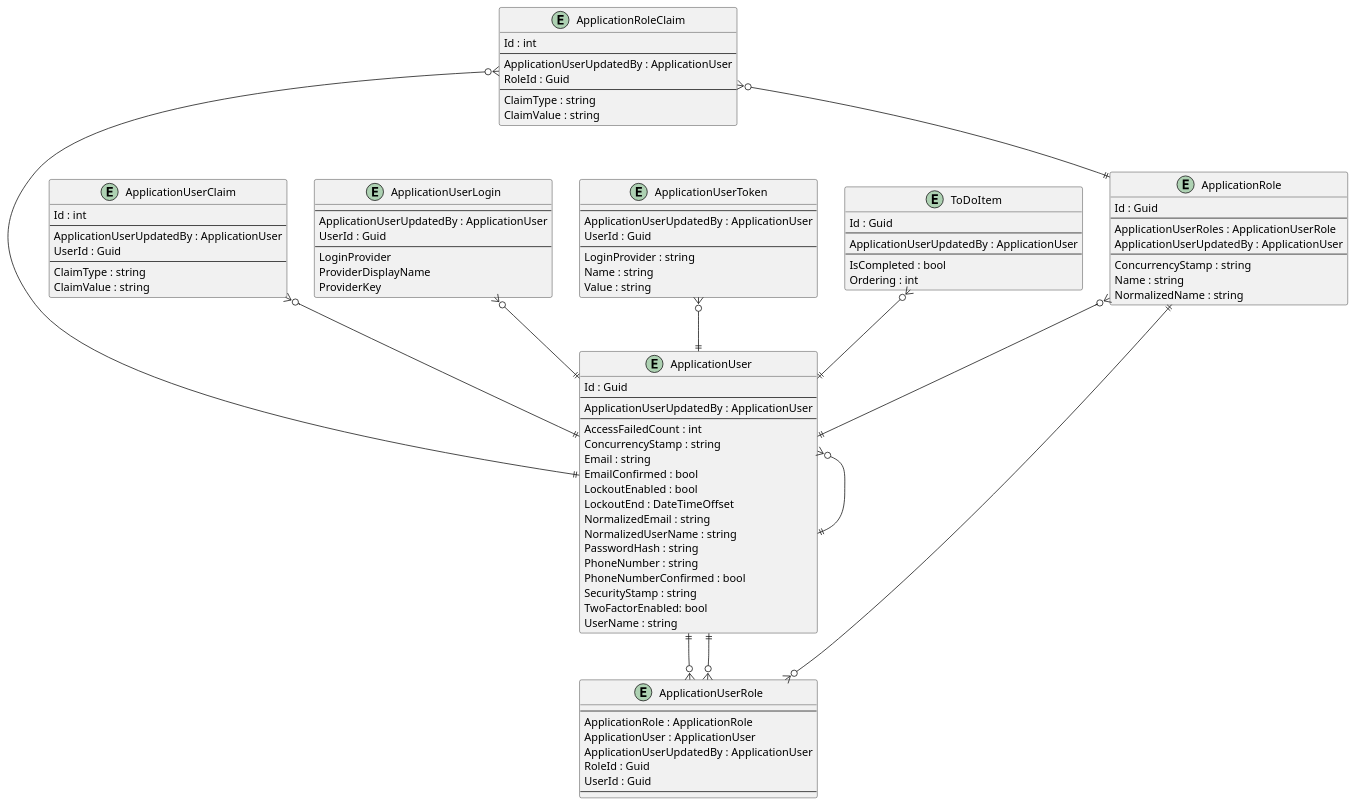
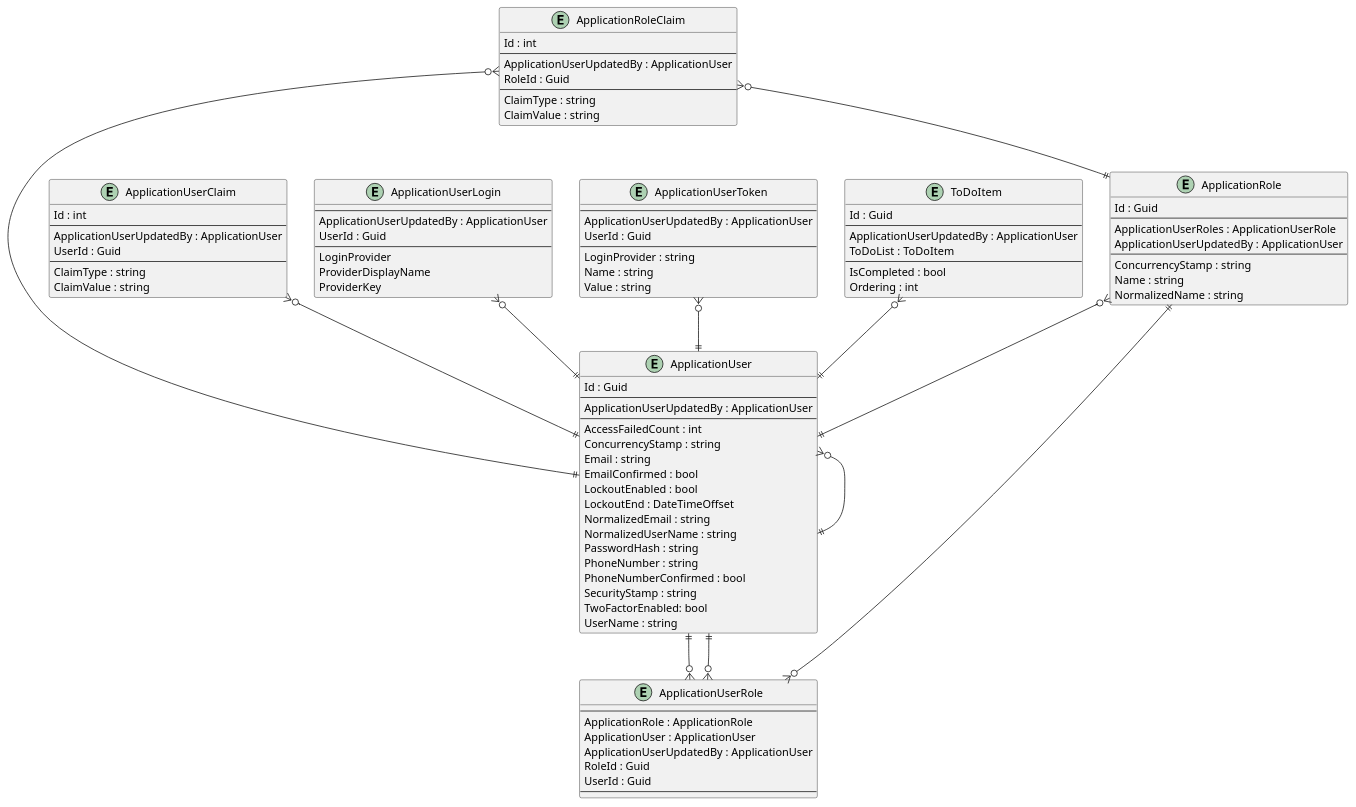
The diagram in .docs/Intrepion.ToDo.pu (intrepion/intrepion_to-do_web_blazor), drawn with PlantUML before and after one commit.

```diff
--- a/.docs/Intrepion.ToDo.pu
+++ b/.docs/Intrepion.ToDo.pu
@@ -1,114 +1,115 @@
 @startuml
 
 entity ApplicationRole {
     Id : Guid
     --
     ApplicationUserRoles : ApplicationUserRole
     ApplicationUserUpdatedBy : ApplicationUser
     --
     ConcurrencyStamp : string
     Name : string
     NormalizedName : string
 }
 
 entity ApplicationRoleClaim {
     Id : int
     --
     ApplicationUserUpdatedBy : ApplicationUser
     RoleId : Guid
     --
     ClaimType : string
     ClaimValue : string
 }
 
 entity ApplicationUser {
     Id : Guid
     --
     ApplicationUserUpdatedBy : ApplicationUser
     ' ApplicationUserKeyCodePlaceholder
     --
     AccessFailedCount : int
     ConcurrencyStamp : string
     Email : string
     EmailConfirmed : bool
     LockoutEnabled : bool
     LockoutEnd : DateTimeOffset
     NormalizedEmail : string
     NormalizedUserName : string
     PasswordHash : string
     PhoneNumber : string
     PhoneNumberConfirmed : bool
     SecurityStamp : string
     TwoFactorEnabled: bool
     UserName : string
     ' ApplicationUserPropertyCodePlaceholder
 }
 
 entity ApplicationUserClaim {
     Id : int
     --
     ApplicationUserUpdatedBy : ApplicationUser
     UserId : Guid
     --
     ClaimType : string
     ClaimValue : string
 }
 
 entity ApplicationUserLogin {
     --
     ApplicationUserUpdatedBy : ApplicationUser
     UserId : Guid
     --
     LoginProvider
     ProviderDisplayName
     ProviderKey
 }
 
 entity ApplicationUserRole {
     --
     ApplicationRole : ApplicationRole
     ApplicationUser : ApplicationUser
     ApplicationUserUpdatedBy : ApplicationUser
     RoleId : Guid
     UserId : Guid
     --
 }
 
 entity ApplicationUserToken {
     --
     ApplicationUserUpdatedBy : ApplicationUser
     UserId : Guid
     --
     LoginProvider : string
     Name : string
     Value : string
 }
 
 entity ToDoItem {
     Id : Guid
     --
     ApplicationUserUpdatedBy : ApplicationUser
+    ToDoList : ToDoItem
     ' ToDoItemKeyCodePlaceholder
     --
     IsCompleted : bool
     Ordering : int
     ' ToDoItemPropertyCodePlaceholder
 }
 
 ' EntityCodePlaceholder
 
 ApplicationRole ||--o{ ApplicationUserRole
 ApplicationRole }o--|| ApplicationUser
 ApplicationRoleClaim }o--|| ApplicationRole
 ApplicationRoleClaim }o--|| ApplicationUser
 ApplicationUser }o--|| ApplicationUser
 ApplicationUser ||--o{ ApplicationUserRole
 ApplicationUserClaim }o--|| ApplicationUser
 ApplicationUserLogin }o--|| ApplicationUser
 ApplicationUserRole }o--|| ApplicationUser
 ApplicationUserToken }o--|| ApplicationUser
 
 ToDoItem }o--|| ApplicationUser
 ' RelationshipCodePlaceholder
 
 @enduml
```
